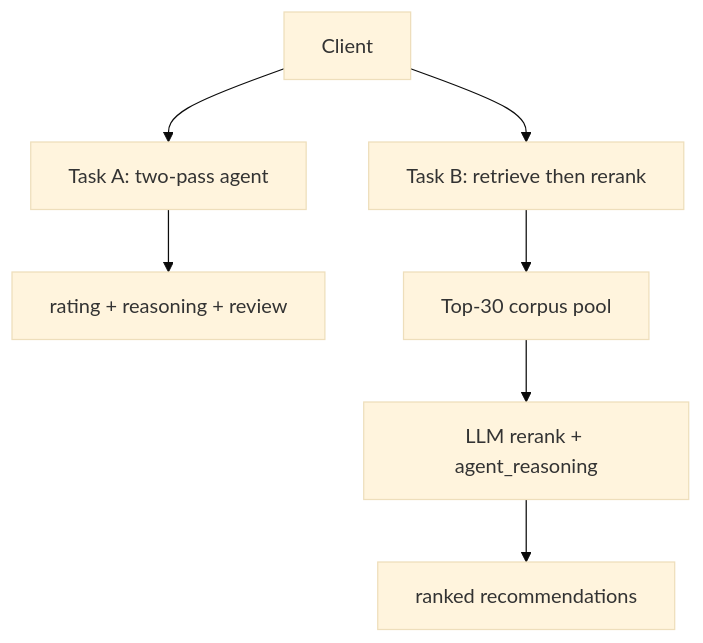
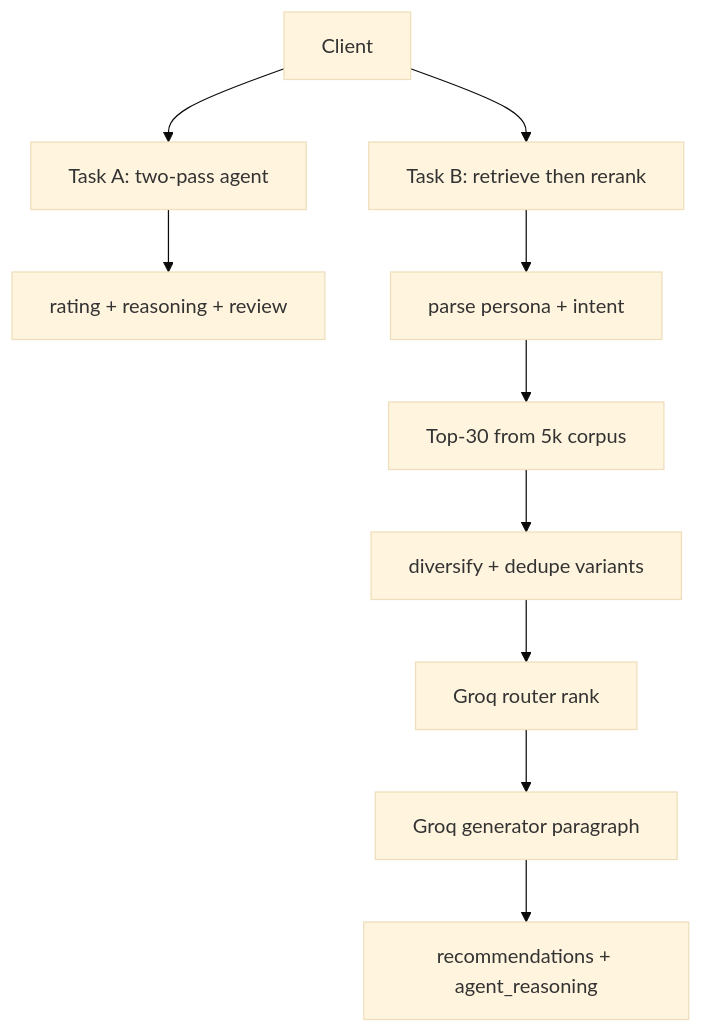
The diagram in docs/SOLUTION_PAPER.md (taotechs/NaijaSense-AI), drawn with Mermaid (base theme) before and after one commit. The commit also changed other lines of this file and 7 other files, not shown here.

````diff
--- a/docs/SOLUTION_PAPER.md
+++ b/docs/SOLUTION_PAPER.md
@@ -26,9 +26,12 @@
 ```mermaid
 flowchart TB
     C[Client] --> TA[Task A: two-pass agent]
     C --> TB[Task B: retrieve then rerank]
     TA --> R1[rating + reasoning + review]
-    TB --> S1[Top-30 corpus pool]
-    S1 --> S2[LLM rerank + agent_reasoning]
-    S2 --> R2[ranked recommendations]
+    TB --> P2[parse persona + intent]
+    P2 --> S1[Top-30 from 5k corpus]
+    S1 --> D1[diversify + dedupe variants]
+    D1 --> S2[Groq router rank]
+    S2 --> S3[Groq generator paragraph]
+    S3 --> R2[recommendations + agent_reasoning]
 ```
````
